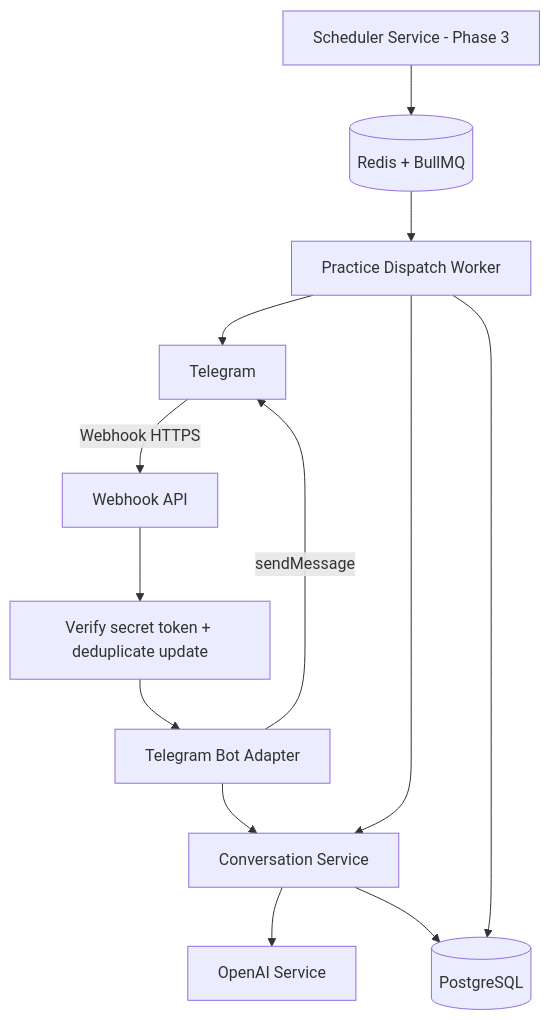
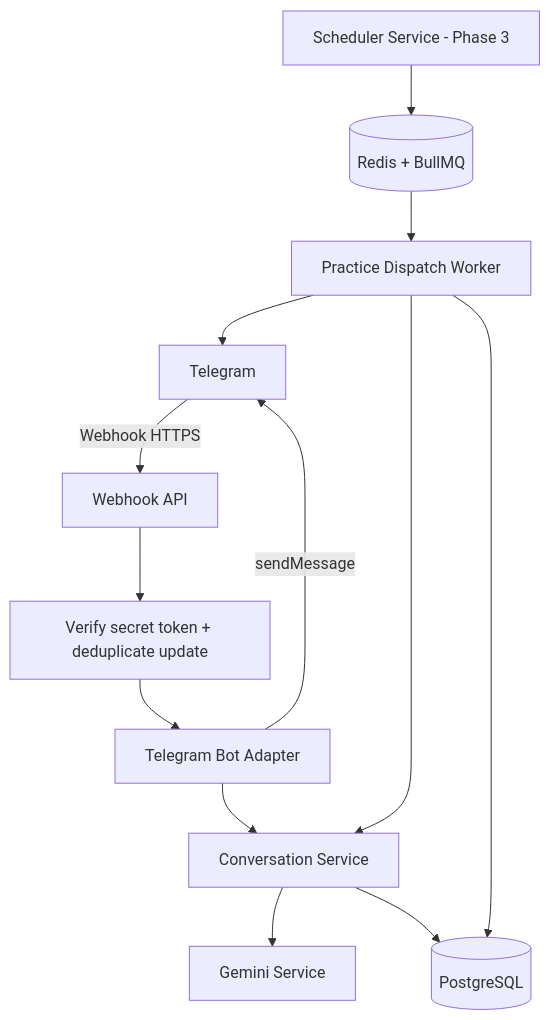
One commit to JustQu4n/learn-chat-ai-bot changed the first of 3 diagrams in docs/sdd-telegram-ai-english-practice-bot.vi.md. Above: the diagram before and after it, drawn with Mermaid. The commit also changed other lines of this file and 7 other files, not shown here.

Commit message:
Refactor AI integration to replace OpenAI with Google Gemini, updating environment variables, configuration, and service implementations accordingly. Adjust README and documentation to reflect changes in API usage and key management.

````diff
--- a/docs/sdd-telegram-ai-english-practice-bot.vi.md
+++ b/docs/sdd-telegram-ai-english-practice-bot.vi.md
@@ -143,16 +143,16 @@
 ```mermaid
 flowchart TB
     TG[Telegram] -->|Webhook HTTPS| WA[Webhook API]
     WA --> GUARD[Verify secret token + deduplicate update]
     GUARD --> BOT[Telegram Bot Adapter]
     BOT --> CONV[Conversation Service]
-    CONV --> AI[OpenAI Service]
+    CONV --> AI[Gemini Service]
     CONV --> DB[(PostgreSQL)]
     BOT -->|sendMessage| TG
 
     SCHED[Scheduler Service - Phase 3] --> QUEUE[(Redis + BullMQ)]
     QUEUE --> WORKER[Practice Dispatch Worker]
     WORKER --> CONV
     WORKER --> TG
     WORKER --> DB
 ```
````
